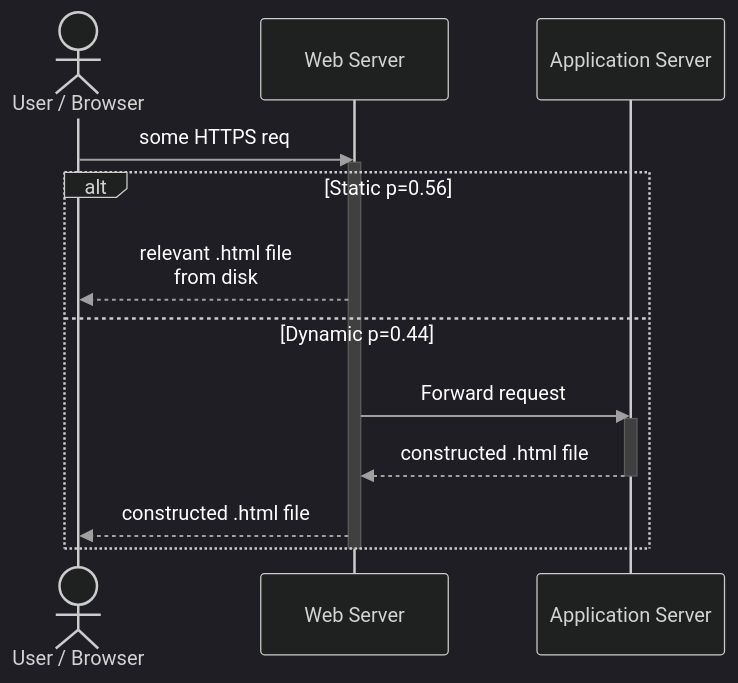
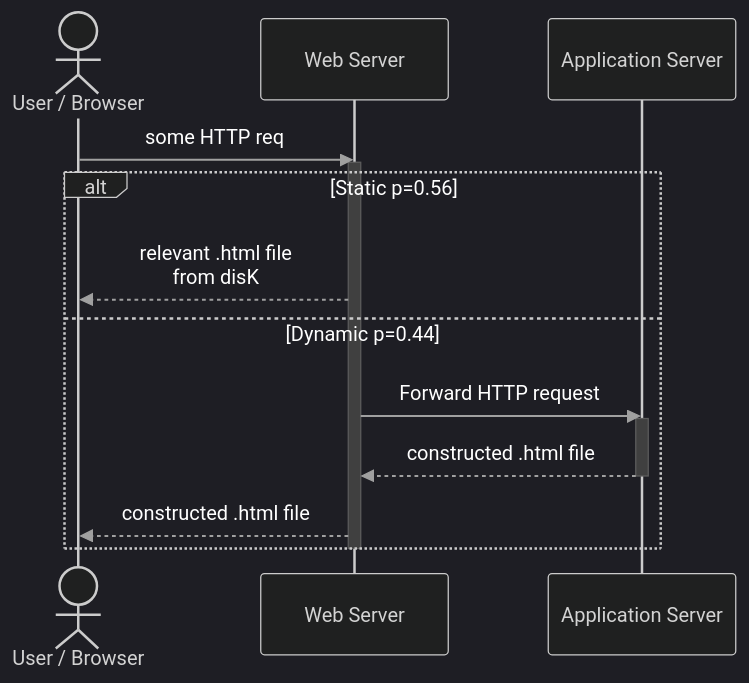
One commit to ahmadxzaki/SOFT437 changed the first of 3 diagrams in A1/Search-SequenceDiagram.md. Above: the diagram before and after it, drawn with Mermaid. The commit also changed other lines of this file and 6 other files, not shown here.

````diff
--- a/A1/Search-SequenceDiagram.md
+++ b/A1/Search-SequenceDiagram.md
@@ -65,32 +65,32 @@
 ```mermaid
 %%{init: {
   "theme": "dark",
   "themeVariables": {
     "textColor": "#ffffff",
     
     "signalColor": "#a0a0a0",
     "signalTextColor": "#ffffff",
     "loopTextColor": "#ffffff",
     
     "activationBkgColor": "#404040",
     "activationBorderColor": "#5d5d5d"
   }
 }}%%
 sequenceDiagram
     actor U as User / Browser
     participant W as Web Server
     participant A as Application Server
 
-    U->>W: some HTTPS req
+    U->>W: some HTTP req
     activate W
     alt Static p=0.56
-        W-->>U: relevant .html file<br>from disk
+        W-->>U: relevant .html file<br>from disK
     else Dynamic p=0.44
-        W->>A: Forward request
+        W->>A: Forward HTTP request
         activate A
         A-->>W: constructed .html file
         deactivate A
         W-->>U: constructed .html file
     end
     deactivate W
 ```
````
